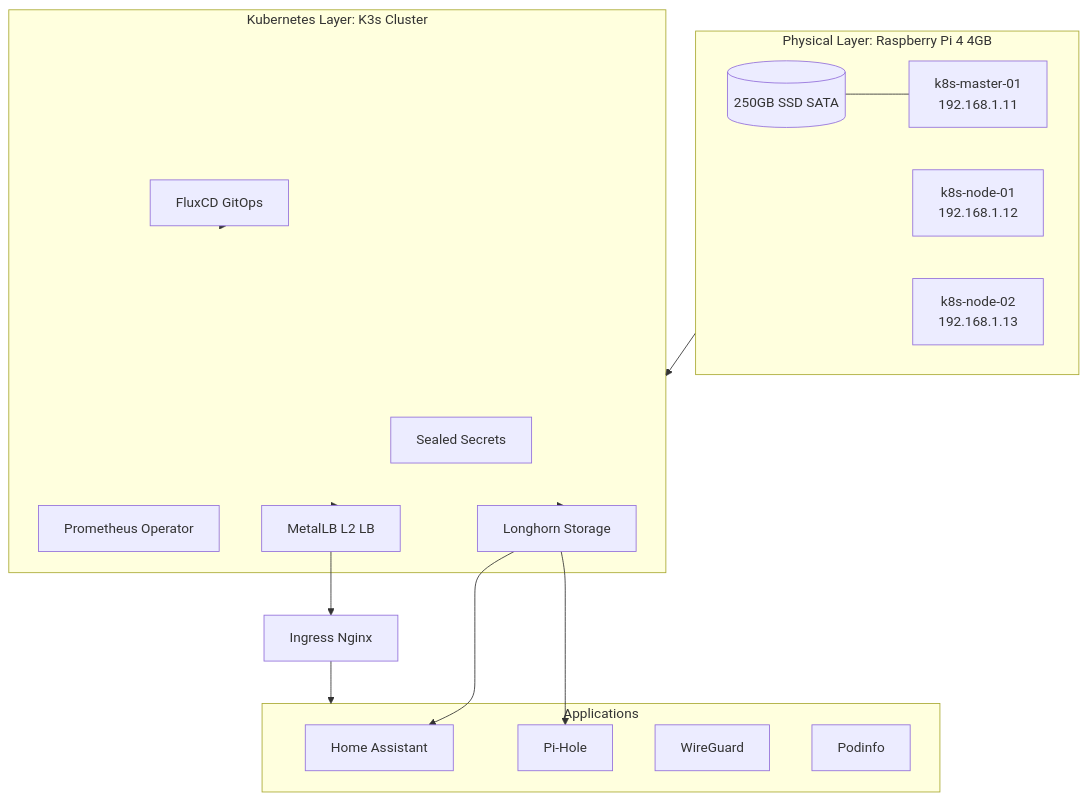
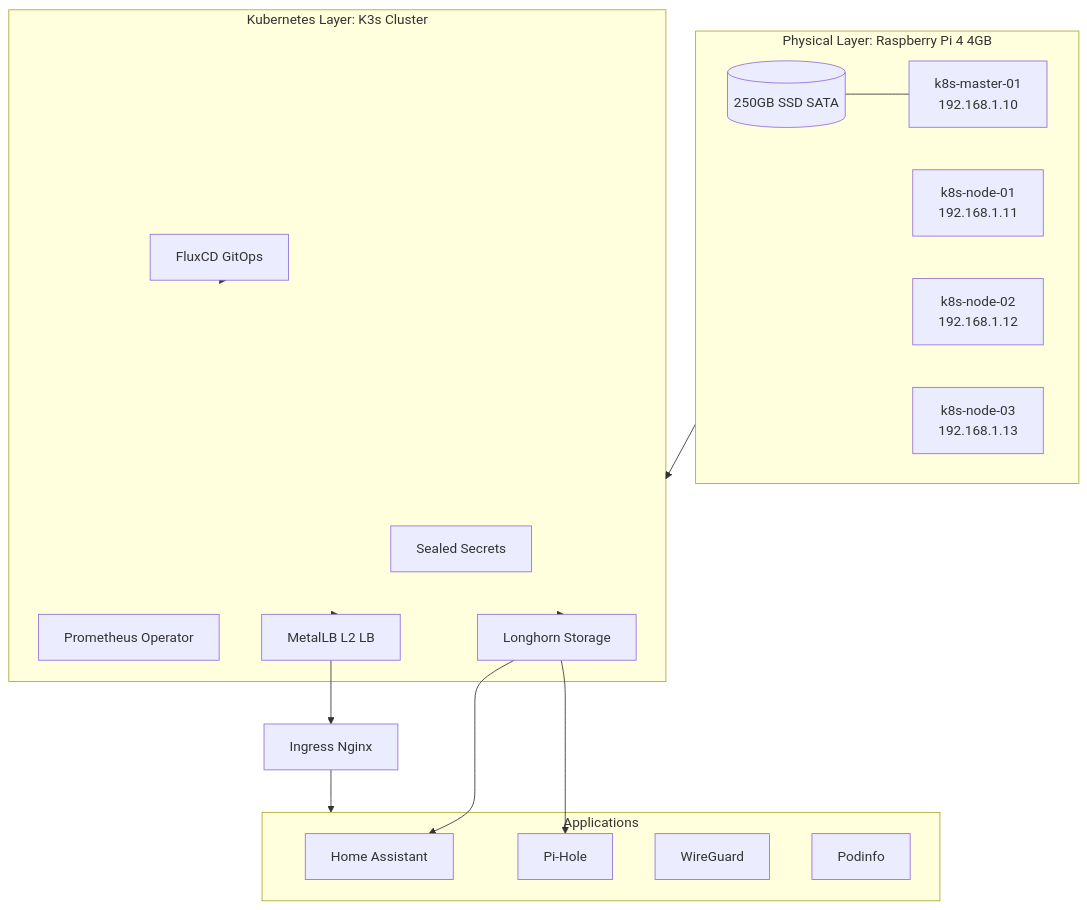
One commit to orenzp/homelab changed the diagram in README.md. Above: the diagram before and after it, drawn with Mermaid. The commit also changed 3 other files, not shown here.

````diff
--- a/README.md
+++ b/README.md
@@ -14,33 +14,34 @@
 ```mermaid
 graph TD
     subgraph Nodes [Physical Layer: Raspberry Pi 4 4GB]
-        K3S01[k8s-master-01<br/>192.168.1.11]
-        K3S02[k8s-node-01<br/>192.168.1.12]
-        K3S03[k8s-node-02<br/>192.168.1.13]
+        K3S01[k8s-master-01<br/>192.168.1.10]
+        K3S02[k8s-node-01<br/>192.168.1.11]
+        K3S03[k8s-node-02<br/>192.168.1.12]
+        K3S04[k8s-node-03<br/>192.168.1.13]
         SSD[(250GB SSD SATA)] --- K3S01
     end
 
     subgraph Cluster [Kubernetes Layer: K3s Cluster]
         Flux[FluxCD GitOps]
         Sealed[Sealed Secrets]
         Prom[Prometheus Operator]
         Metal[MetalLB L2 LB]
         Longhorn[Longhorn Storage]
     end
 
     subgraph Apps [Applications]
         HA[Home Assistant]
         PH[Pi-Hole]
         WG[WireGuard]
         PI[Podinfo]
     end
 
     Nodes --> Cluster
     Flux -.-> Cluster
     Cluster --> Metal
     Cluster --> Longhorn
     Longhorn --> HA
     Longhorn --> PH
     Metal --> Ingress[Ingress Nginx]
     Ingress --> Apps
 ```
````
